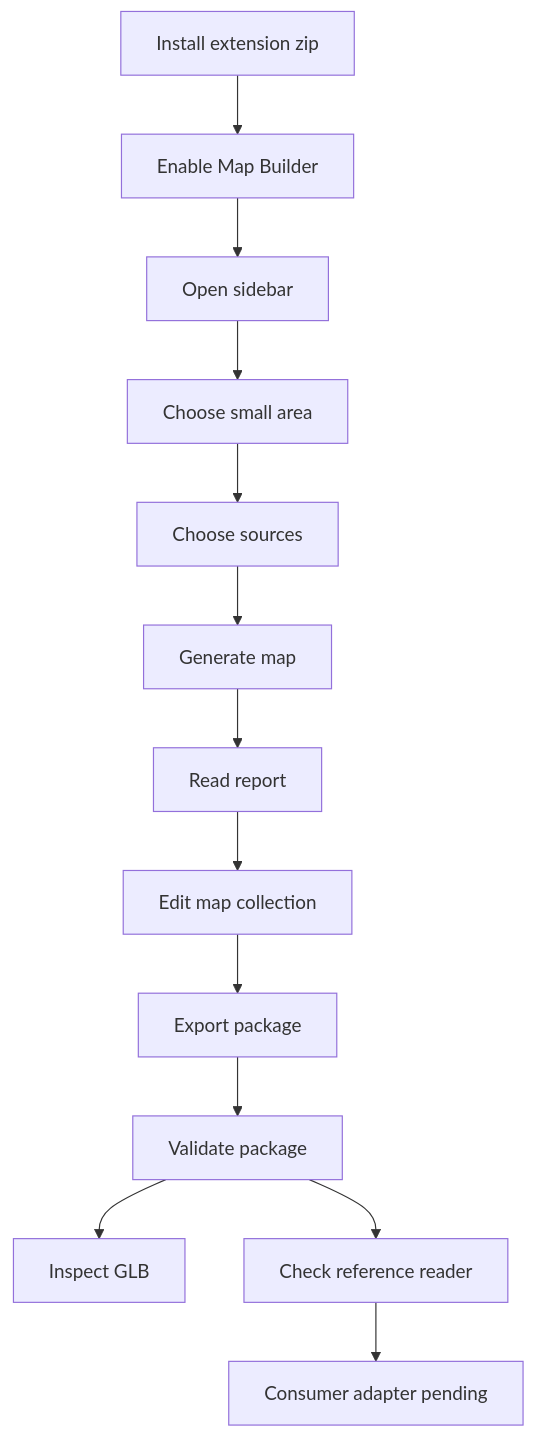
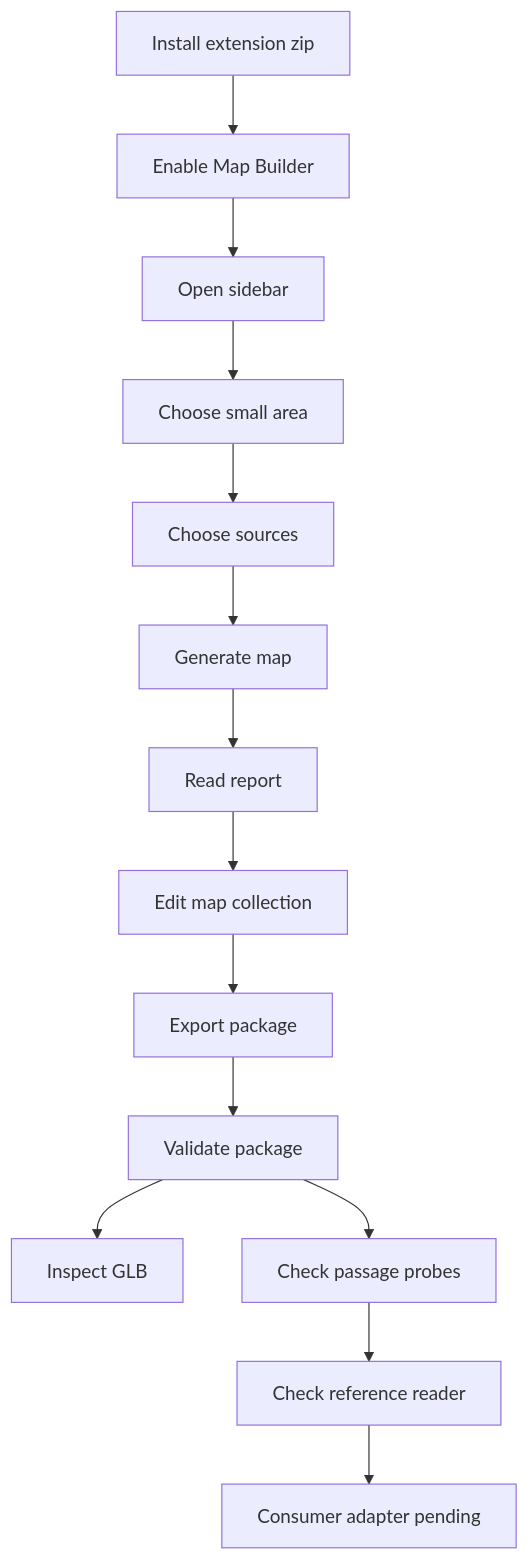
One commit to lingshf/map-builder changed the diagram in docs/flows/overview.md. Above: the diagram before and after it, drawn with Mermaid. The commit also changed other lines of this file and 25 other files, not shown here.

````diff
--- a/docs/flows/overview.md
+++ b/docs/flows/overview.md
@@ -6,15 +6,16 @@
 ```mermaid
 flowchart TD
   A[Install extension zip] --> B[Enable Map Builder]
   B --> C[Open sidebar]
   C --> D[Choose small area]
   D --> E[Choose sources]
   E --> F[Generate map]
   F --> G[Read report]
   G --> H[Edit map collection]
   H --> I[Export package]
   I --> J[Validate package]
   J --> K[Inspect GLB]
-  J --> L[Check reference reader]
+  J --> P[Check passage probes]
+  P --> L[Check reference reader]
   L --> M[Consumer adapter pending]
 ```
````
